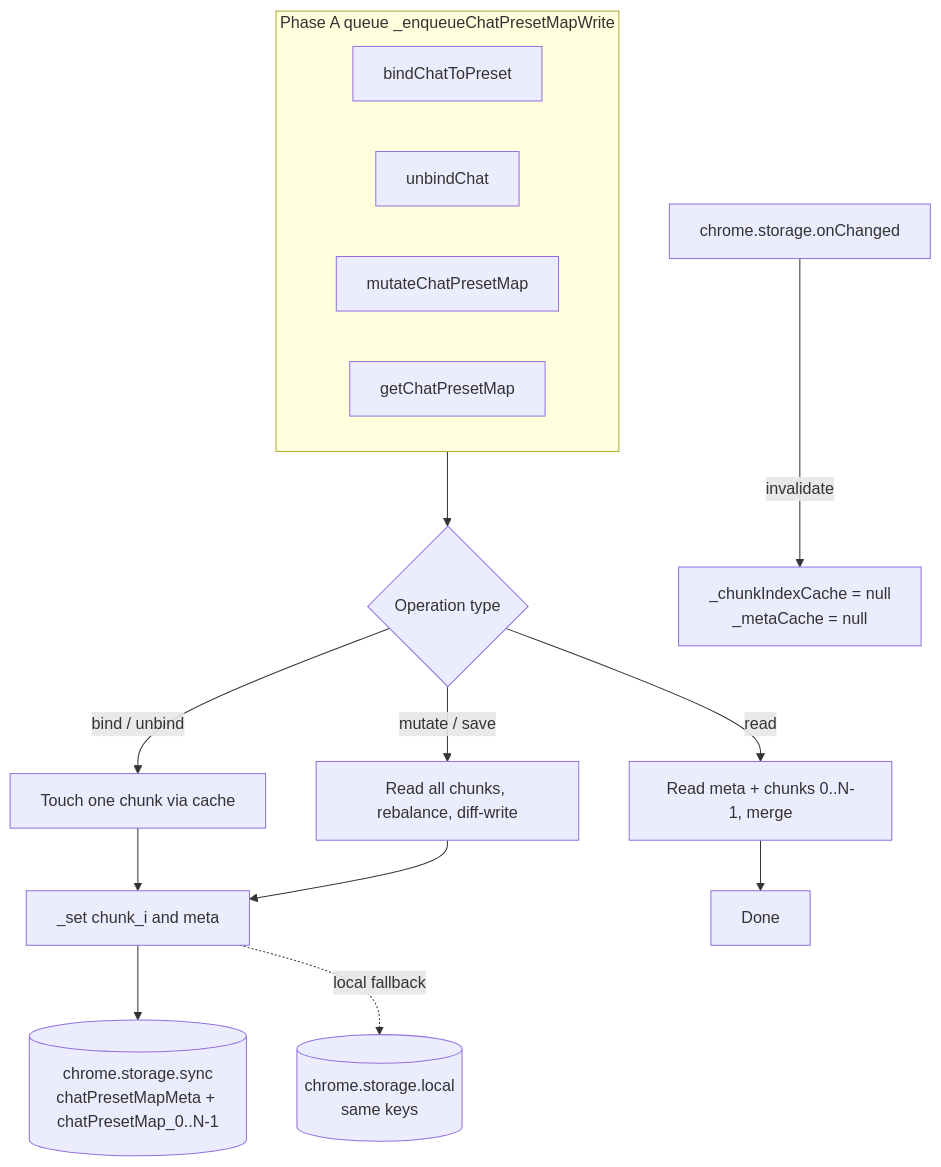
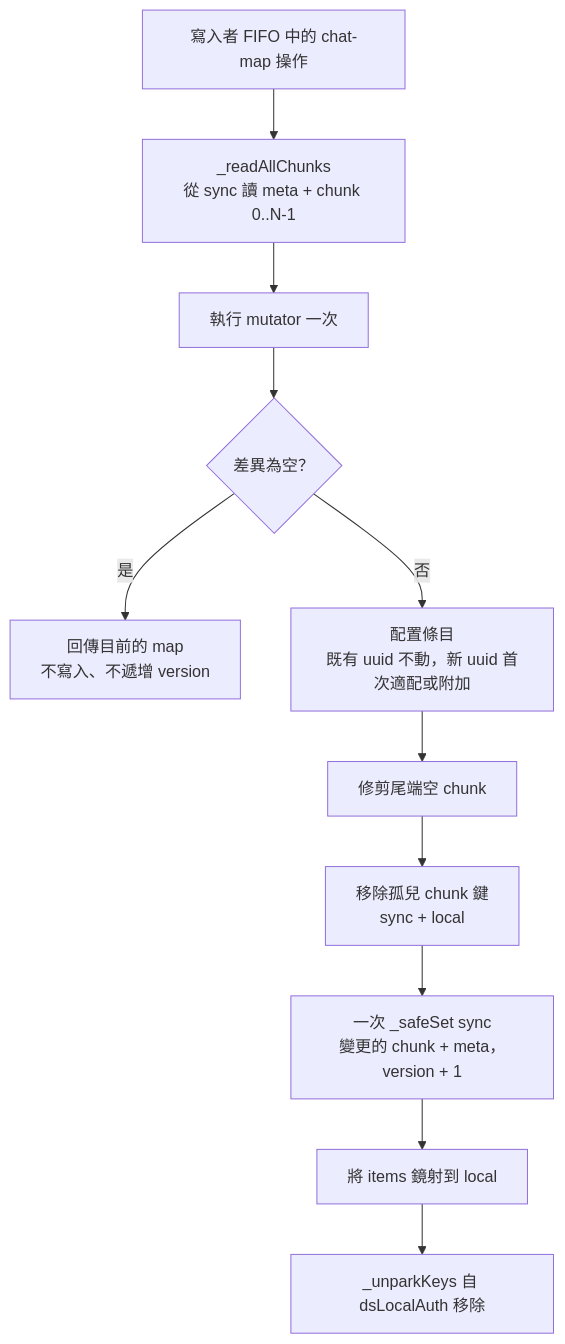
The first of 2 diagrams in docs/architecture/STORAGE.md (sov1n14/ds-studio), drawn with Mermaid before and after one commit. The commit also changed other lines of this file and 31 other files, not shown here.

````diff
--- a/docs/architecture/STORAGE.md
+++ b/docs/architecture/STORAGE.md
@@ -155,23 +168,13 @@
 ```mermaid
 flowchart TB
-    subgraph queue [Phase A queue _enqueueChatPresetMapWrite]
-        Op1[bindChatToPreset]
-        Op2[unbindChat]
-        Op3[mutateChatPresetMap]
-        Op4[getChatPresetMap]
-    end
-
-    queue --> Logic{Operation type}
-    Logic -->|bind / unbind| Single[Touch one chunk via cache]
-    Logic -->|mutate / save| Multi[Read all chunks, rebalance, diff-write]
-    Logic -->|read| Read[Read meta + chunks 0..N-1, merge]
-
-    Single --> Set[_set chunk_i and meta]
-    Multi --> Set
-    Read --> Done
-
-    Set --> Storage[(chrome.storage.sync<br/>chatPresetMapMeta + chatPresetMap_0..N-1)]
-    Set -.local fallback.-> StorageLocal[(chrome.storage.local<br/>same keys)]
-
-    OC[chrome.storage.onChanged] -->|invalidate| CacheInv[_chunkIndexCache = null<br/>_metaCache = null]
+    Op[寫入者 FIFO 中的 chat-map 操作] --> Snap[_readAllChunks<br/>從 sync 讀 meta + chunk 0..N-1]
+    Snap --> Mut[執行 mutator 一次]
+    Mut --> Diff{差異為空？}
+    Diff -->|是| NoWrite[回傳目前的 map<br/>不寫入、不遞增 version]
+    Diff -->|否| Place[配置條目<br/>既有 uuid 不動，新 uuid 首次適配或附加]
+    Place --> Trim[修剪尾端空 chunk]
+    Trim --> Orphan[移除孤兒 chunk 鍵<br/>sync + local]
+    Orphan --> Set[一次 _safeSet sync<br/>變更的 chunk + meta，version + 1]
+    Set --> Mirror[將 items 鏡射到 local]
+    Mirror --> Unpark[_unparkKeys 自 dsLocalAuth 移除]
 ```
````
